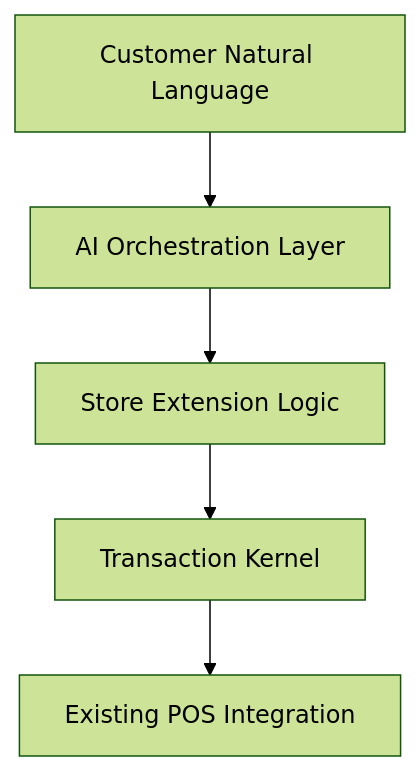
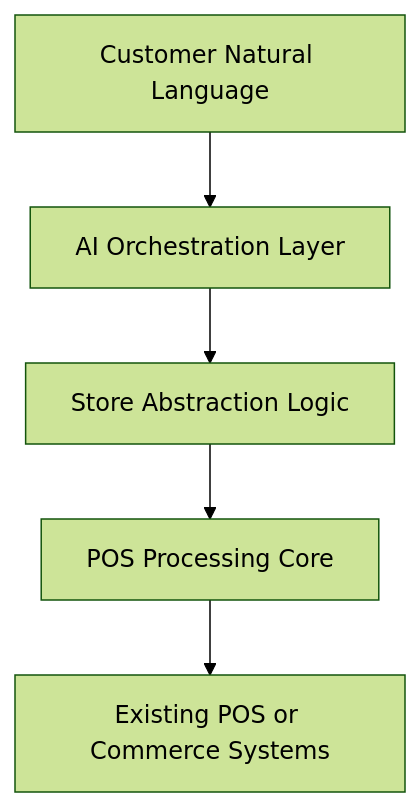
The first of 7 diagrams in PRESENTATION.md (paulmooreparks/AiPos), drawn with Mermaid (forest theme) before and after one commit. The commit also changed other lines of this file and 57 other files, not shown here.

````diff
--- a/PRESENTATION.md
+++ b/PRESENTATION.md
@@ -28,7 +28,7 @@
 ```mermaid
 graph TB
     A[Customer Natural Language] --> B[AI Orchestration Layer]
-    B --> C[Store Extension Logic]
-    C --> D[Transaction Kernel]
-    D --> E[Existing POS Integration]
+    B --> C[Store Abstraction Logic]
+    C --> D[POS Processing Core]
+    D --> E[Existing POS or Commerce Systems]
 ```
````
